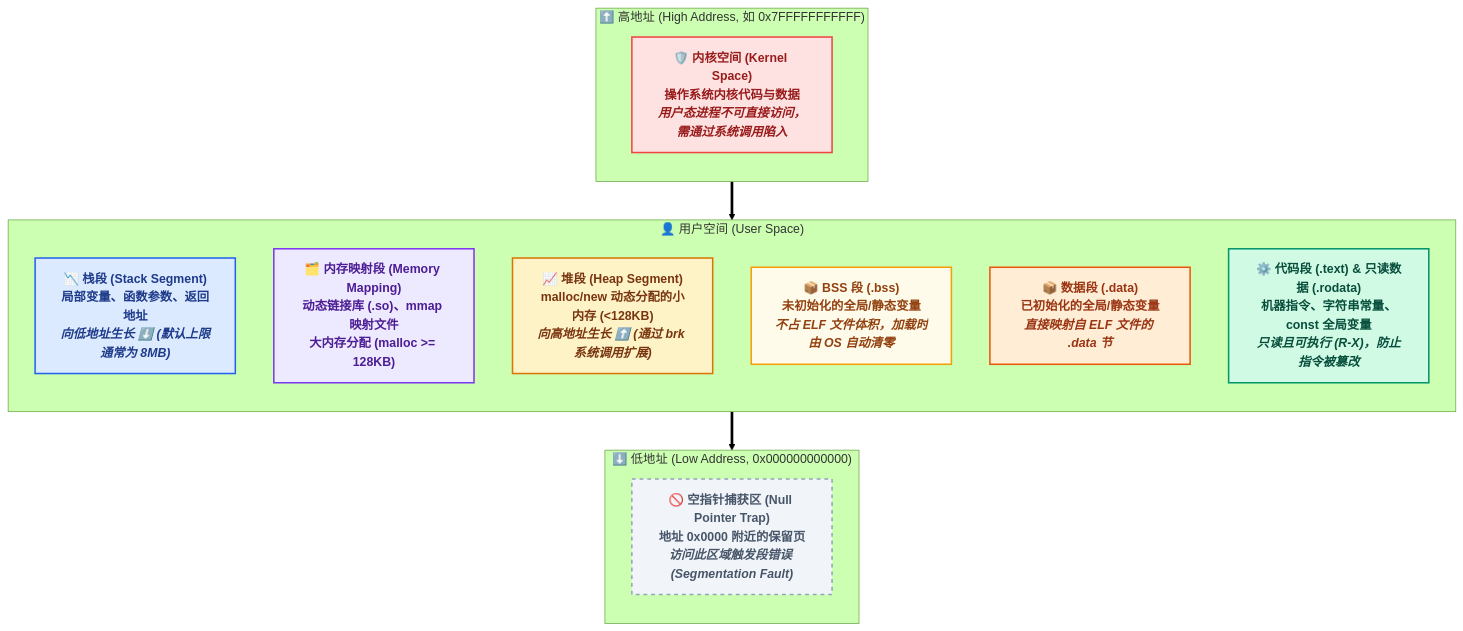
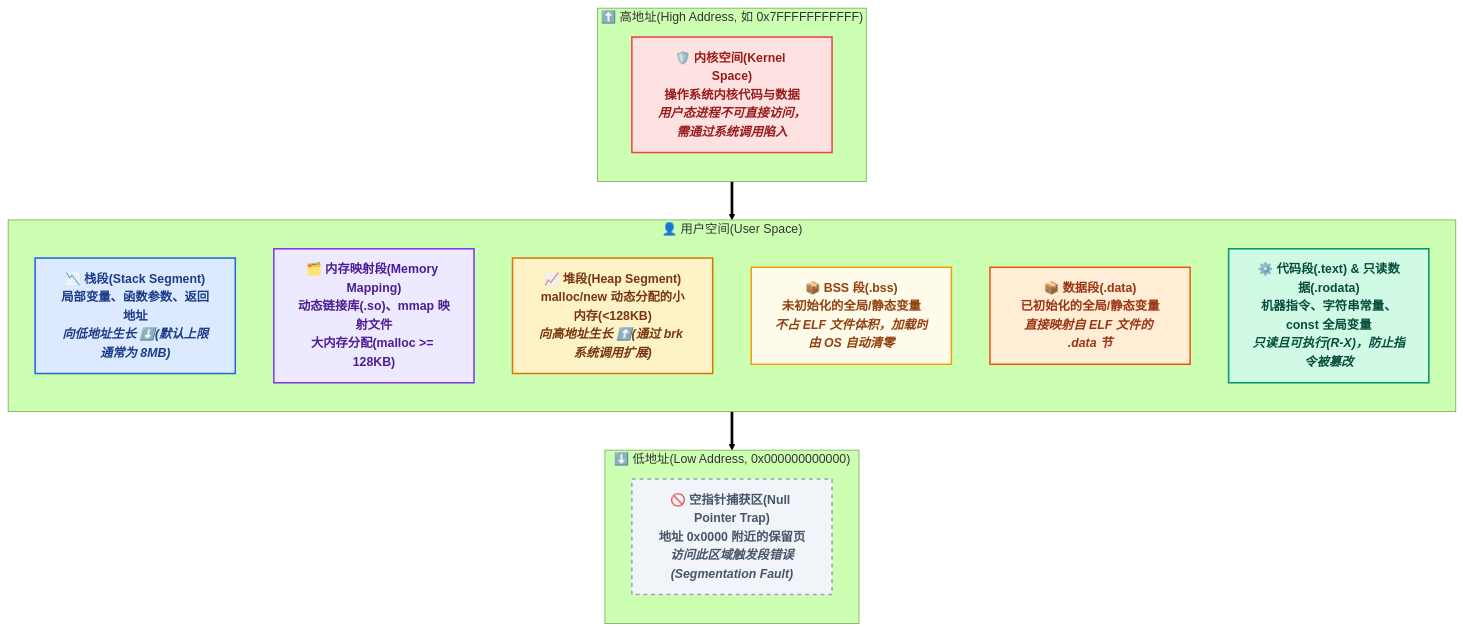
Before and after one commit to dmjcb/dmjcb.github.io: the ninth of 10 diagrams in _posts/c_c++/compile/2021-06-15-编译过程.md, drawn with Mermaid (forest theme). The commit also changed other lines of this file and 8 other files, not shown here.

````diff
--- a/_posts/c_c++/compile/2021-06-15-编译过程.md
+++ b/_posts/c_c++/compile/2021-06-15-编译过程.md
@@ -976,51 +976,51 @@
 ```mermaid
 flowchart TD
-    %% 样式定义 (延续前文色彩体系)
+    %% 样式定义(延续前文色彩体系)
     classDef kernel fill:#fee2e2,stroke:#ef4444,stroke-width:2px,color:#991b1b,font-weight:bold;
     classDef stack fill:#dbeafe,stroke:#2563eb,stroke-width:2px,color:#1e3a8a,font-weight:bold;
     classDef mmap fill:#ede9fe,stroke:#7c3aed,stroke-width:2px,color:#4c1d95,font-weight:bold;
     classDef heap fill:#fef3c7,stroke:#d97706,stroke-width:2px,color:#78350f,font-weight:bold;
     classDef data fill:#ffedd5,stroke:#ea580c,stroke-width:2px,color:#9a3412,font-weight:bold;
     classDef bss fill:#fffbeb,stroke:#f59e0b,stroke-width:2px,color:#92400e,font-weight:bold;
     classDef text fill:#d1fae5,stroke:#059669,stroke-width:2px,color:#064e3b,font-weight:bold;
     classDef nullZone fill:#f1f5f9,stroke:#94a3b8,stroke-width:2px,color:#475569,font-weight:bold,stroke-dasharray: 5 5;
 
-    subgraph HighAddr ["⬆️ 高地址 (High Address, 如 0x7FFFFFFFFFFF)"]
+    subgraph HighAddr ["⬆️ 高地址(High Address, 如 0x7FFFFFFFFFFF)"]
         direction TB
-        K["🛡️ <b>内核空间 (Kernel Space)</b><br/>操作系统内核代码与数据<br/><i>用户态进程不可直接访问，需通过系统调用陷入</i>"]
+        K["🛡️ <b>内核空间(Kernel Space)</b><br/>操作系统内核代码与数据<br/><i>用户态进程不可直接访问，需通过系统调用陷入</i>"]
     end
 
-    subgraph UserSpace ["👤 用户空间 (User Space)"]
+    subgraph UserSpace ["👤 用户空间(User Space)"]
         direction TB
-        S["📉 <b>栈段 (Stack Segment)</b><br/>局部变量、函数参数、返回地址<br/><i>向低地址生长 ⬇️ (默认上限通常为 8MB)</i>"]
+        S["📉 <b>栈段(Stack Segment)</b><br/>局部变量、函数参数、返回地址<br/><i>向低地址生长 ⬇️(默认上限通常为 8MB)</i>"]
         
-        M["🗂️ <b>内存映射段 (Memory Mapping)</b><br/>动态链接库 (.so)、mmap 映射文件<br/>大内存分配 (malloc >= 128KB)"]
+        M["🗂️ <b>内存映射段(Memory Mapping)</b><br/>动态链接库(.so)、mmap 映射文件<br/>大内存分配(malloc >= 128KB)"]
         
-        H["📈 <b>堆段 (Heap Segment)</b><br/>malloc/new 动态分配的小内存 (<128KB)<br/><i>向高地址生长 ⬆️ (通过 brk 系统调用扩展)</i>"]
+        H["📈 <b>堆段(Heap Segment)</b><br/>malloc/new 动态分配的小内存(<128KB)<br/><i>向高地址生长 ⬆️(通过 brk 系统调用扩展)</i>"]
         
-        B["📦 <b>BSS 段 (.bss)</b><br/>未初始化的全局/静态变量<br/><i>不占 ELF 文件体积，加载时由 OS 自动清零</i>"]
+        B["📦 <b>BSS 段(.bss)</b><br/>未初始化的全局/静态变量<br/><i>不占 ELF 文件体积，加载时由 OS 自动清零</i>"]
         
-        D["📦 <b>数据段 (.data)</b><br/>已初始化的全局/静态变量<br/><i>直接映射自 ELF 文件的 .data 节</i>"]
+        D["📦 <b>数据段(.data)</b><br/>已初始化的全局/静态变量<br/><i>直接映射自 ELF 文件的 .data 节</i>"]
         
-        T["⚙️ <b>代码段 (.text) & 只读数据 (.rodata)</b><br/>机器指令、字符串常量、const 全局变量<br/><i>只读且可执行 (R-X)，防止指令被篡改</i>"]
+        T["⚙️ <b>代码段(.text) & 只读数据(.rodata)</b><br/>机器指令、字符串常量、const 全局变量<br/><i>只读且可执行(R-X)，防止指令被篡改</i>"]
     end
 
-    subgraph LowAddr ["⬇️ 低地址 (Low Address, 0x000000000000)"]
+    subgraph LowAddr ["⬇️ 低地址(Low Address, 0x000000000000)"]
         direction TB
-        Null["🚫 <b>空指针捕获区 (Null Pointer Trap)</b><br/>地址 0x0000 附近的保留页<br/><i>访问此区域触发段错误 (Segmentation Fault)</i>"]
+        Null["🚫 <b>空指针捕获区(Null Pointer Trap)</b><br/>地址 0x0000 附近的保留页<br/><i>访问此区域触发段错误(Segmentation Fault)</i>"]
     end
 
     %% 连线表示地址递减方向
     HighAddr ==> UserSpace ==> LowAddr
 
     %% 应用样式
     class K kernel;
     class S stack;
     class M mmap;
     class H heap;
     class D data;
     class B bss;
     class T text;
     class Null nullZone;
 
 ```
````
